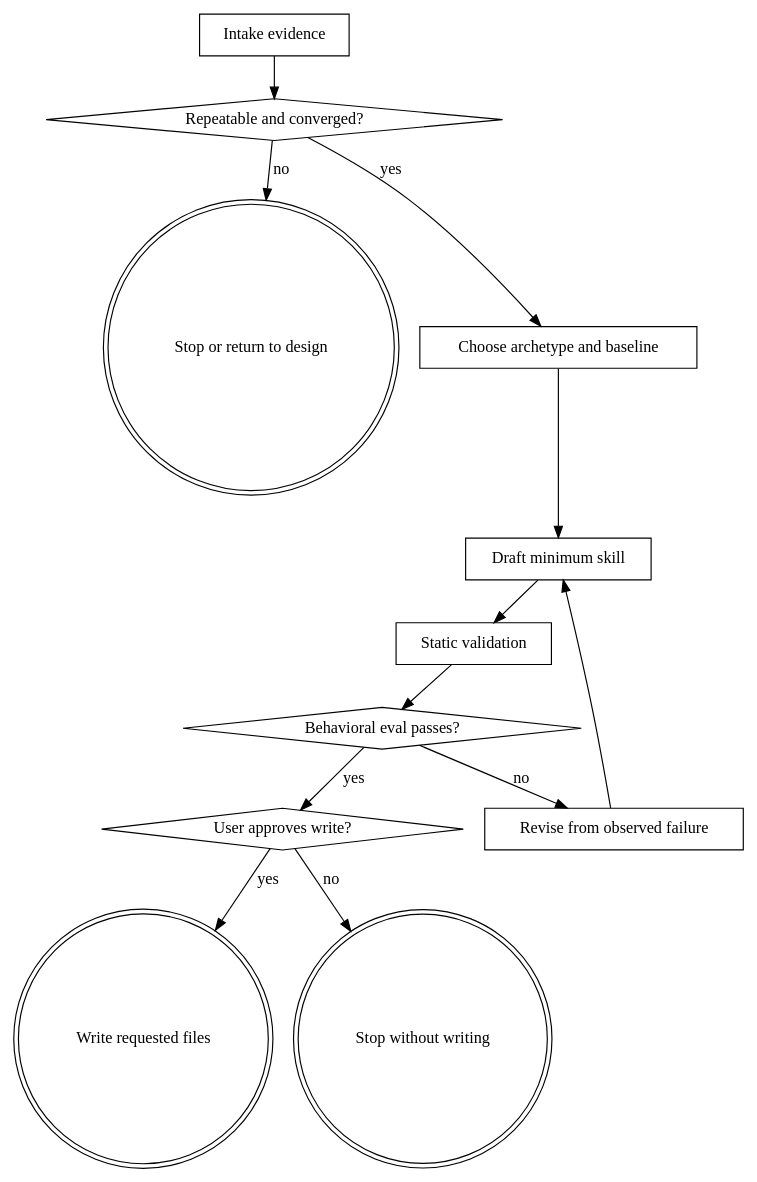
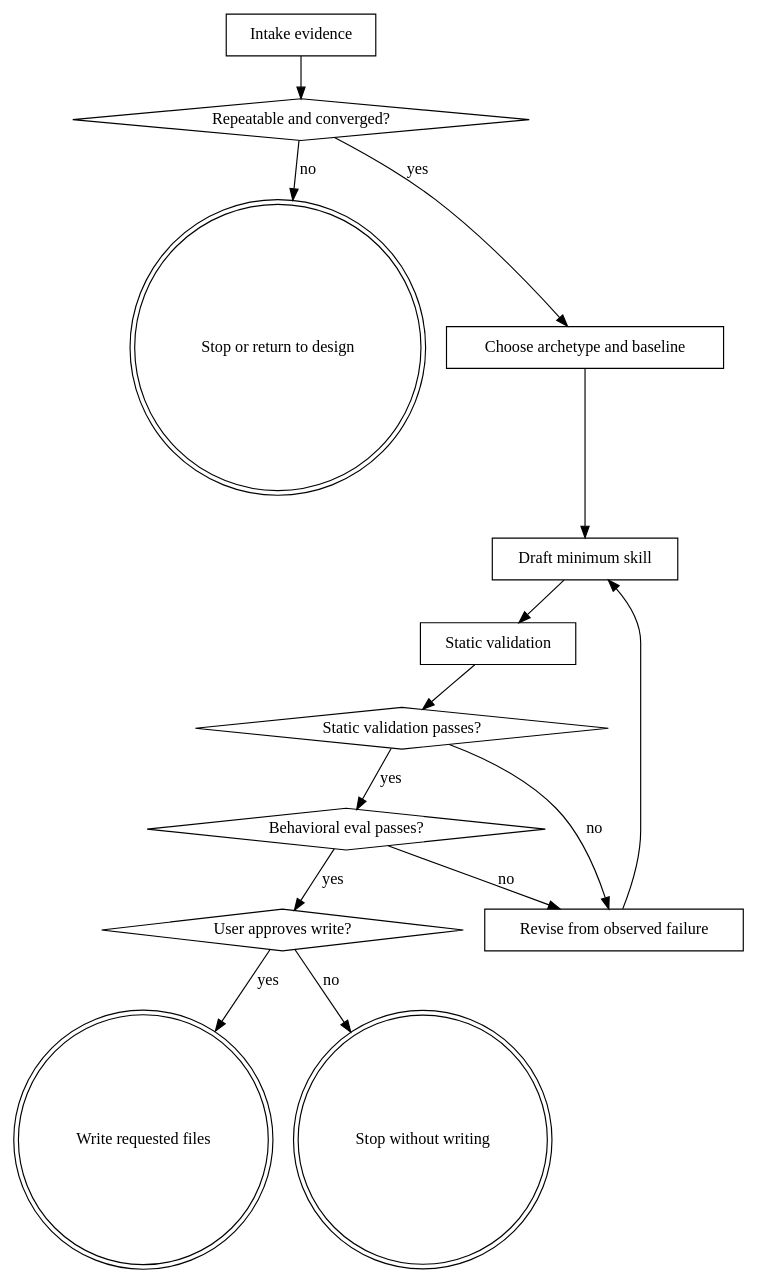
The diagram in wayne-skill-forge/SKILL.md (waynejing995/wayne-taste), drawn with Graphviz before and after one commit. The commit also changed 9 other files, not shown here.

````diff
--- a/wayne-skill-forge/SKILL.md
+++ b/wayne-skill-forge/SKILL.md
@@ -110,27 +110,30 @@
 ```dot
 digraph forge {
     rankdir=TB;
     A [label="Intake evidence", shape=box];
     B [label="Repeatable and converged?", shape=diamond];
     X [label="Stop or return to design", shape=doublecircle];
     C [label="Choose archetype and baseline", shape=box];
     D [label="Draft minimum skill", shape=box];
     E [label="Static validation", shape=box];
+    V [label="Static validation passes?", shape=diamond];
     F [label="Behavioral eval passes?", shape=diamond];
     R [label="Revise from observed failure", shape=box];
     G [label="User approves write?", shape=diamond];
     W [label="Write requested files", shape=doublecircle];
     S [label="Stop without writing", shape=doublecircle];
     A -> B;
     B -> X [label="no"];
     B -> C [label="yes"];
     C -> D;
     D -> E;
-    E -> F;
+    E -> V;
+    V -> R [label="no"];
+    V -> F [label="yes"];
     F -> R [label="no"];
     R -> D;
     F -> G [label="yes"];
     G -> W [label="yes"];
     G -> S [label="no"];
 }
 ```
````
